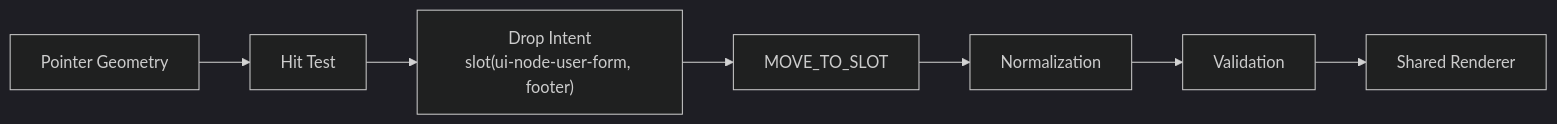
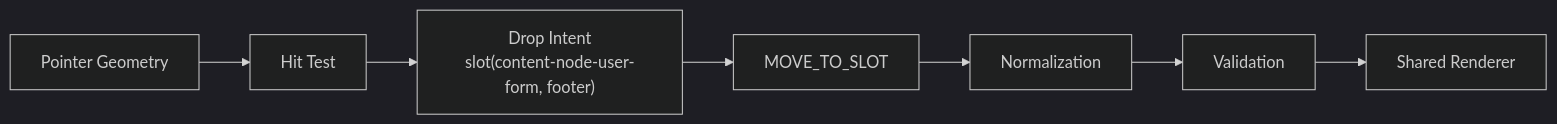
Before and after one commit to northwest-hcu/FlagShip: the fourth of 7 diagrams in docs/architecture/10-examples-roadmap-and-decisions.md, drawn with Mermaid (dark theme). The commit also changed other lines of this file and 11 other files, not shown here.

Commit message:
docs: align examples with current architecture

````diff
--- a/docs/architecture/10-examples-roadmap-and-decisions.md
+++ b/docs/architecture/10-examples-roadmap-and-decisions.md
@@ -213,9 +218,9 @@
 ```mermaid
 flowchart LR
     Pointer["Pointer Geometry"] --> HitTest["Hit Test"]
-    HitTest --> Intent["Drop Intent<br/>slot(ui-node-user-form, footer)"]
+    HitTest --> Intent["Drop Intent<br/>slot(content-node-user-form, footer)"]
     Intent --> Command["MOVE_TO_SLOT"]
     Command --> Normalize["Normalization"]
     Normalize --> Validate["Validation"]
     Validate --> Renderer["Shared Renderer"]
 ```
````
